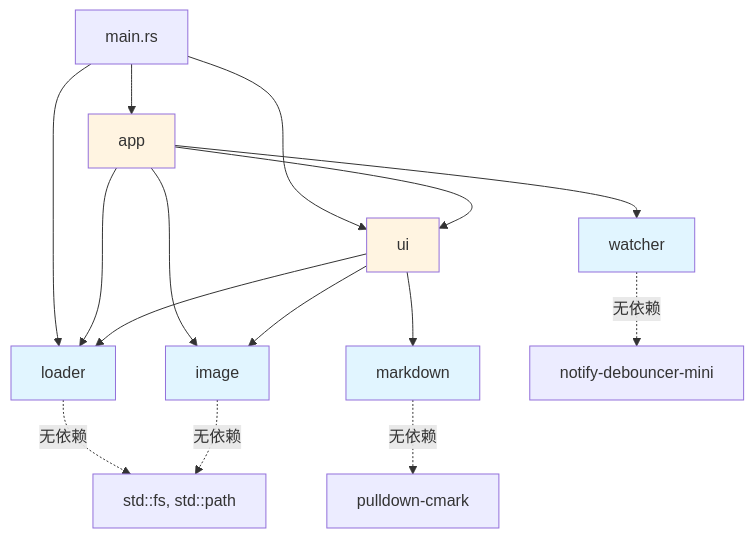
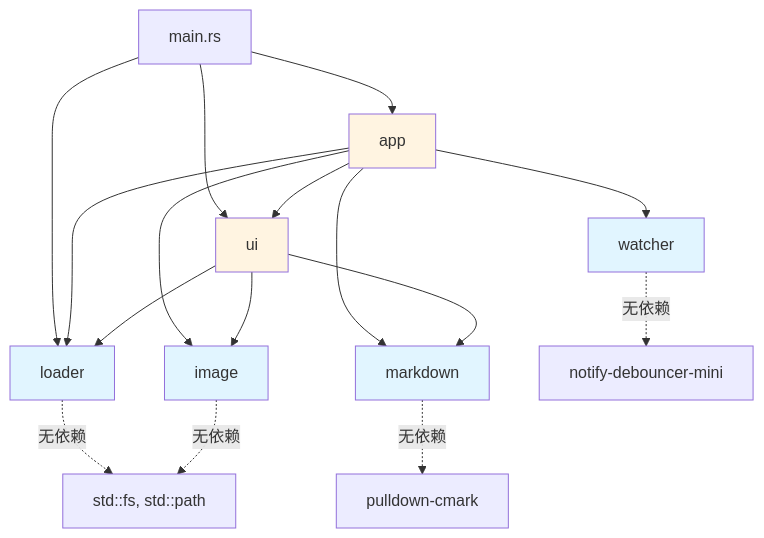
The diagram in docs/modules/index.md (Xpectuer/slidet), drawn with Mermaid before and after one commit. The commit also changed other lines of this file and 7 other files, not shown here.

````diff
--- a/docs/modules/index.md
+++ b/docs/modules/index.md
@@ -46,27 +47,28 @@
 ```mermaid
 graph TD
     main[main.rs] --> loader
     main --> app
     main --> ui
 
     app --> loader
+    app --> markdown
     app --> ui
     app --> image
     app --> watcher
 
     ui --> image
     ui --> loader
     ui --> markdown
 
     loader -.->|无依赖| std[std::fs, std::path]
     markdown -.->|无依赖| pulldown[pulldown-cmark]
     image -.->|无依赖| std
     watcher -.->|无依赖| notify[notify-debouncer-mini]
 
     style loader fill:#e1f5ff
     style markdown fill:#e1f5ff
     style image fill:#e1f5ff
     style watcher fill:#e1f5ff
     style app fill:#fff4e1
     style ui fill:#fff4e1
 ```
````
